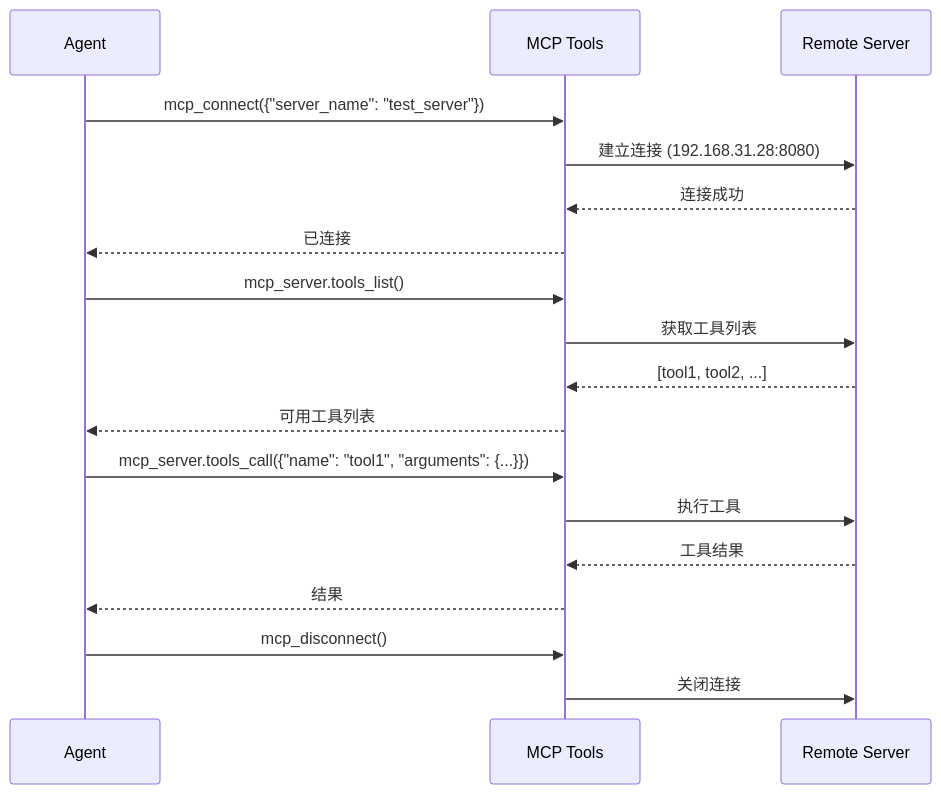
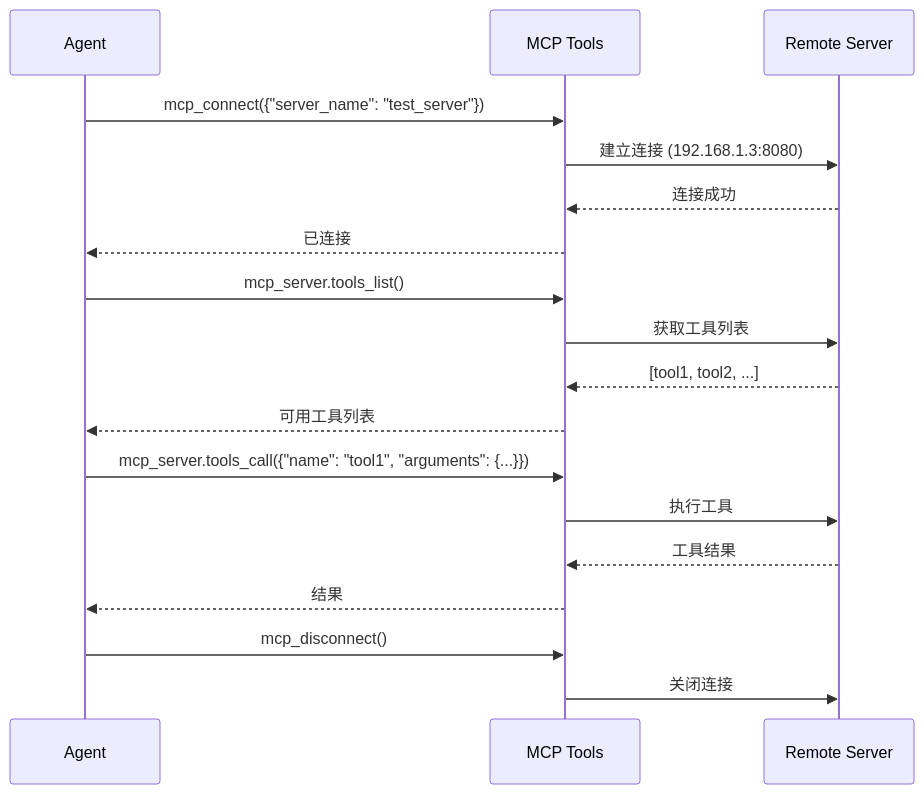
Before and after one commit to beancookie/xiaoclaw: the diagram in docs/skills-builtin.md, drawn with Mermaid. The commit also changed other lines of this file and 1 other file, not shown here.

First line of the commit message:
docs: enhance mcp-servers skill with default params and response format

````diff
--- a/docs/skills-builtin.md
+++ b/docs/skills-builtin.md
@@ -92,24 +94,24 @@
 ```mermaid
 sequenceDiagram
     participant Agent
     participant MCP as MCP Tools
     participant Server as Remote Server
 
     Agent->>MCP: mcp_connect({"server_name": "test_server"})
-    MCP->>Server: 建立连接 (192.168.31.28:8080)
+    MCP->>Server: 建立连接 (192.168.1.3:8080)
     Server-->>MCP: 连接成功
     MCP-->>Agent: 已连接
 
     Agent->>MCP: mcp_server.tools_list()
     MCP->>Server: 获取工具列表
     Server-->>MCP: [tool1, tool2, ...]
     MCP-->>Agent: 可用工具列表
 
     Agent->>MCP: mcp_server.tools_call({"name": "tool1", "arguments": {...}})
     MCP->>Server: 执行工具
     Server-->>MCP: 工具结果
     MCP-->>Agent: 结果
 
     Agent->>MCP: mcp_disconnect()
     MCP->>Server: 关闭连接
 ```
````
